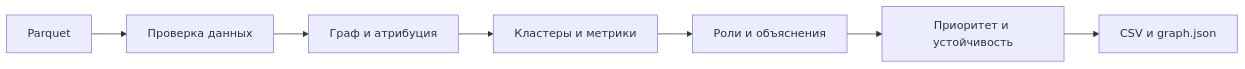
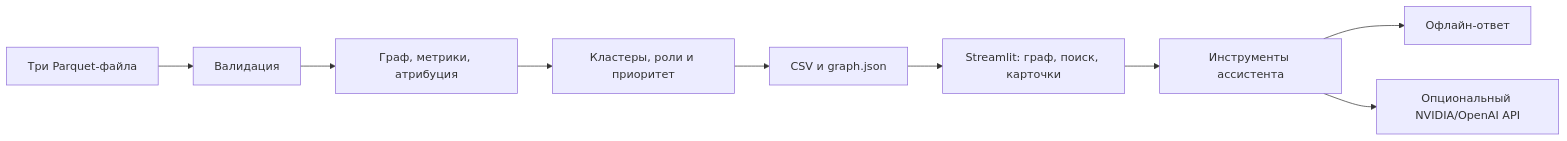
The diagram in README.md (BAITC-Hacks/hack-db041ec5-team), drawn with Mermaid before and after one commit. The commit also changed other lines of this file and 1 other file, not shown here.

````diff
--- a/README.md
+++ b/README.md
@@ -80,9 +133,11 @@
 ```mermaid
 flowchart LR
-  A[Parquet] --> B[Проверка данных]
-  B --> C[Граф и атрибуция]
-  C --> D[Кластеры и метрики]
-  D --> E[Роли и объяснения]
-  E --> F[Приоритет и устойчивость]
-  F --> G[CSV и graph.json]
+  A[Три Parquet-файла] --> B[Валидация]
+  B --> C[Граф, метрики, атрибуция]
+  C --> D[Кластеры, роли и приоритет]
+  D --> E[CSV и graph.json]
+  E --> F[Streamlit: граф, поиск, карточки]
+  F --> G[Инструменты ассистента]
+  G --> H[Офлайн-ответ]
+  G --> I[Опциональный NVIDIA/OpenAI API]
 ```
````
